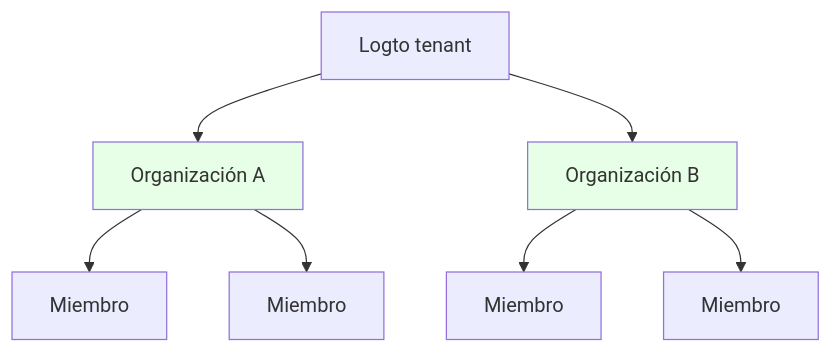
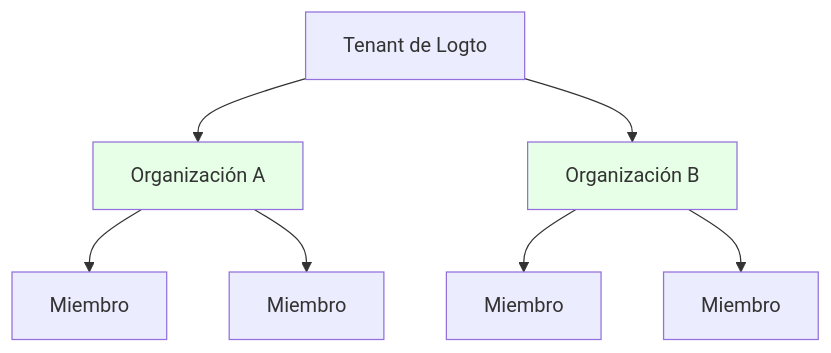
The sixth of 7 diagrams in i18n/es/docusaurus-plugin-content-docs/current/use-cases/multi-tenancy/build-multi-tenant-saas-application.mdx (logto-io/docs), drawn with Mermaid before and after one commit. The commit also changed other lines of this file and 74 other files, not shown here.

````diff
--- a/i18n/es/docusaurus-plugin-content-docs/current/use-cases/multi-tenancy/build-multi-tenant-saas-application.mdx
+++ b/i18n/es/docusaurus-plugin-content-docs/current/use-cases/multi-tenancy/build-multi-tenant-saas-application.mdx
@@ -457,13 +457,13 @@
 ```mermaid
 graph TD
-    T[Logto tenant] --> OrgA[Organización A]
+    T[Tenant de Logto] --> OrgA[Organización A]
     T --> OrgB[Organización B]
     OrgA --> MA1[Miembro]
     OrgA --> MA2[Miembro]
     OrgB --> MB1[Miembro]
     OrgB --> MB2[Miembro]
 
     style OrgA fill:#e6ffe6
     style OrgB fill:#e6ffe6
 
 ```
````
